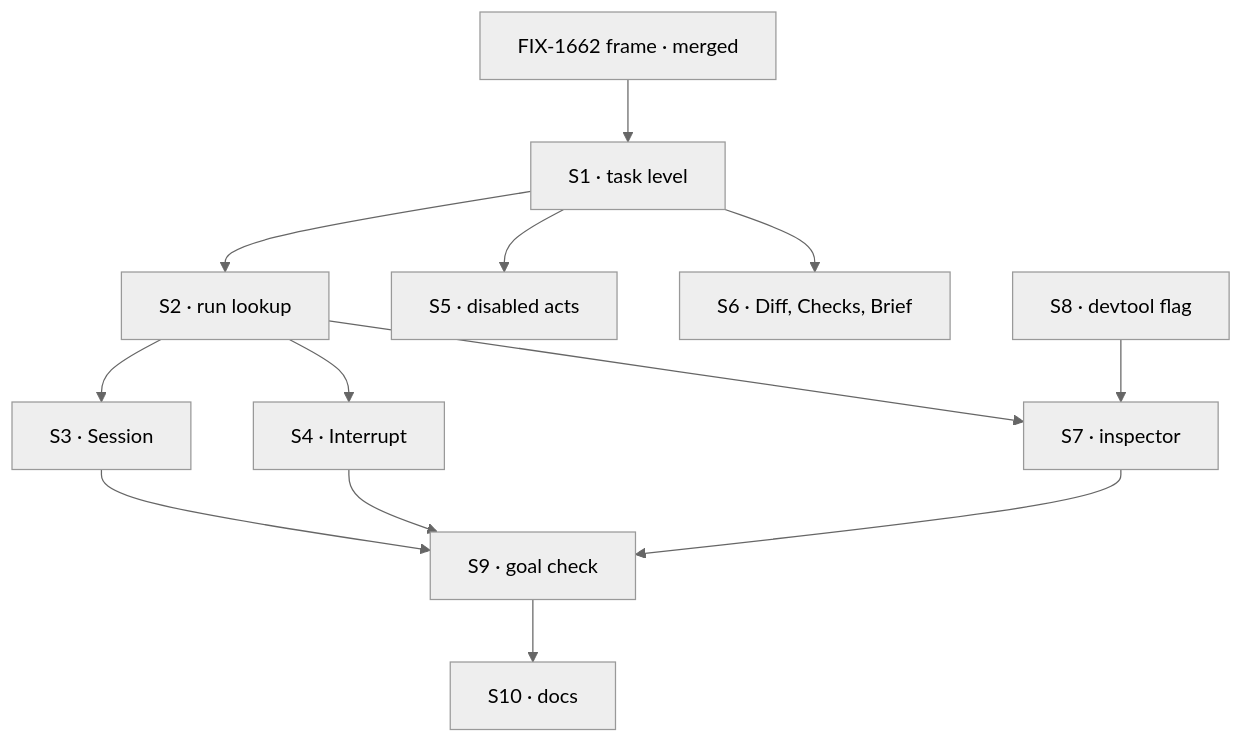
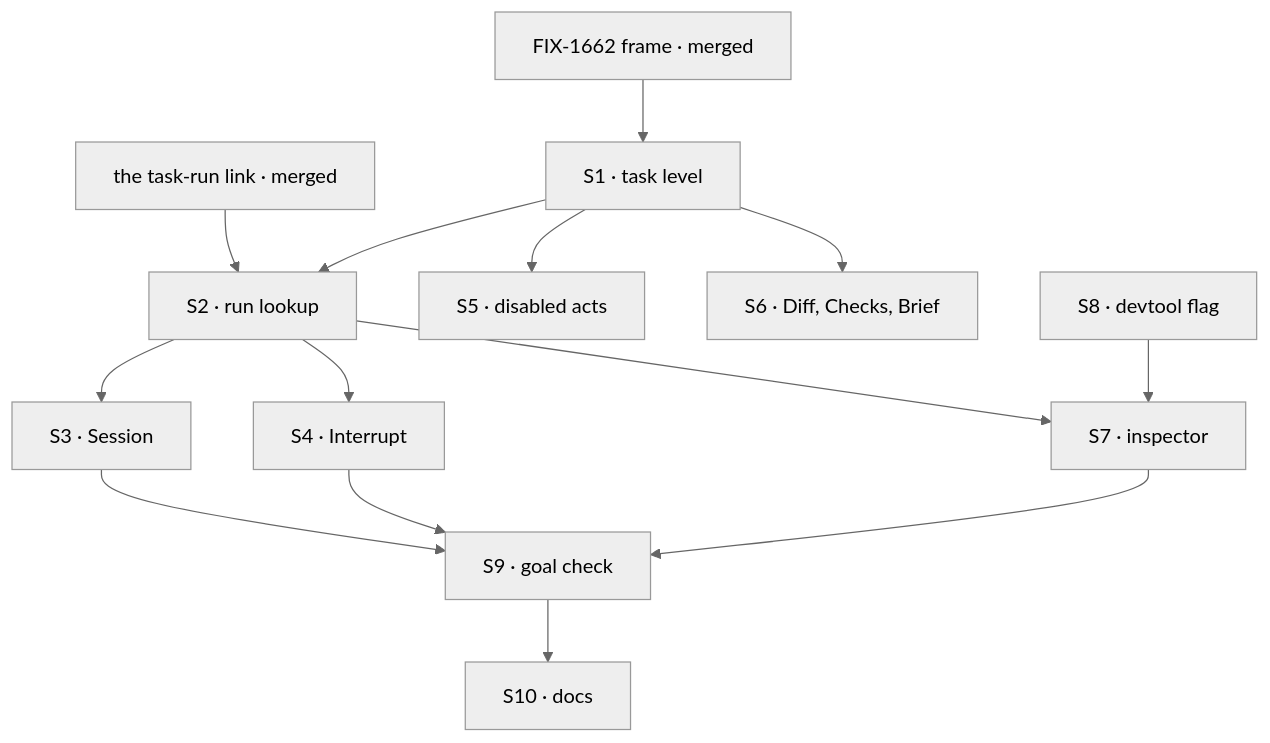
The diagram in specs/issues/FIX-1664/PLAN.md (fixpoint-labs/flow-state-dev), drawn with Mermaid (neutral theme) before and after one commit. The commit also changed other lines of this file and 6 other files, not shown here.

First line of the commit message:
spec(FIX-1664): amend task-to-run association and metrics source

````diff
--- a/specs/issues/FIX-1664/PLAN.md
+++ b/specs/issues/FIX-1664/PLAN.md
@@ -30,15 +44,16 @@
 ```mermaid
 flowchart TD
   F["FIX-1662 frame · merged"] --> S1["S1 · task level"]
+  L["the task-run link · merged"] --> S2
   S1 --> S2["S2 · run lookup"]
   S2 --> S3["S3 · Session"]
   S2 --> S4["S4 · Interrupt"]
   S1 --> S5["S5 · disabled acts"]
   S1 --> S6["S6 · Diff, Checks, Brief"]
   S2 --> S7["S7 · inspector"]
   S8["S8 · devtool flag"] --> S7
   S3 --> S9["S9 · goal check"]
   S4 --> S9
   S7 --> S9
   S9 --> S10["S10 · docs"]
 ```
````
